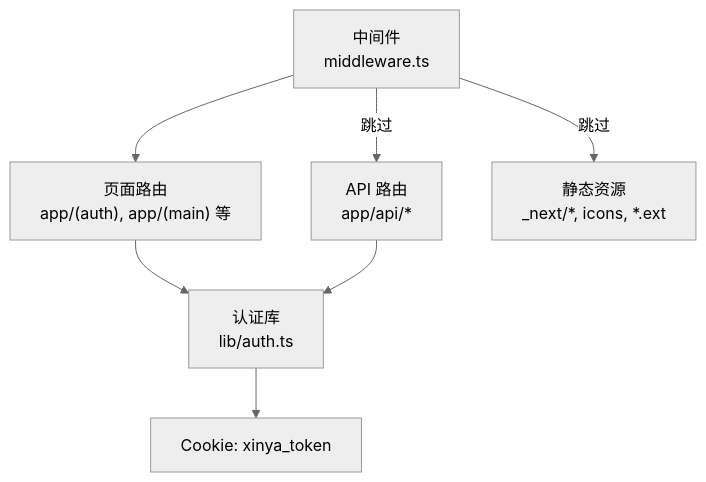
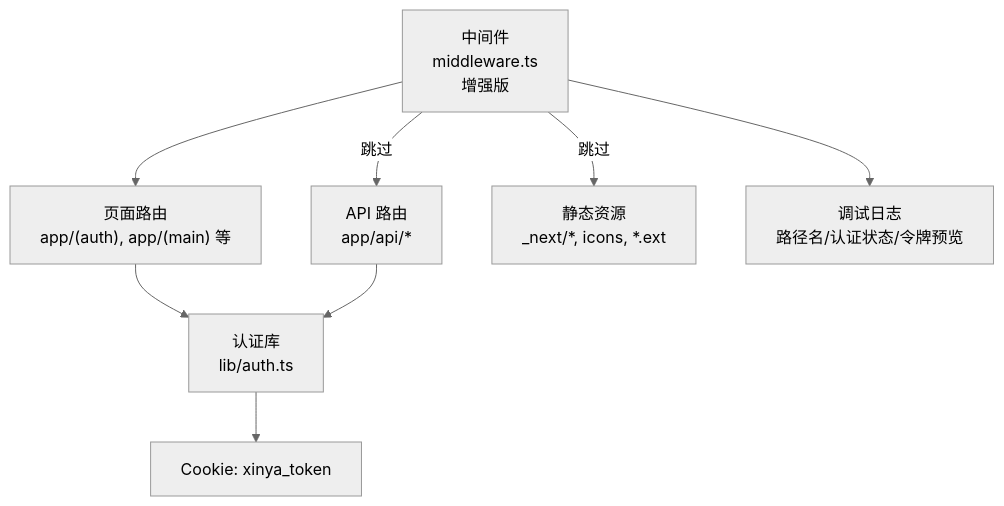
One commit to kangkang919/xinya changed the first of 7 diagrams in .qoder/repowiki/zh/content/用户认证系统/认证中间件.md. Above: the diagram before and after it, drawn with Mermaid (neutral theme). The commit also changed other lines of this file and 34 other files, not shown here.

````diff
--- a/.qoder/repowiki/zh/content/用户认证系统/认证中间件.md
+++ b/.qoder/repowiki/zh/content/用户认证系统/认证中间件.md
@@ -44,9 +52,10 @@
 ```mermaid
 graph TB
-MW["中间件<br/>middleware.ts"] --> Pages["页面路由<br/>app/(auth), app/(main) 等"]
+MW["中间件<br/>middleware.ts<br/>增强版"] --> Pages["页面路由<br/>app/(auth), app/(main) 等"]
 MW --> |跳过| API["API 路由<br/>app/api/*"]
 MW --> |跳过| Static["静态资源<br/>_next/*, icons, *.ext"]
 Pages --> AuthLib["认证库<br/>lib/auth.ts"]
 API --> AuthLib
 AuthLib --> Cookies["Cookie: xinya_token"]
+MW --> DebugLog["调试日志<br/>路径名/认证状态/令牌预览"]
 ```
````
